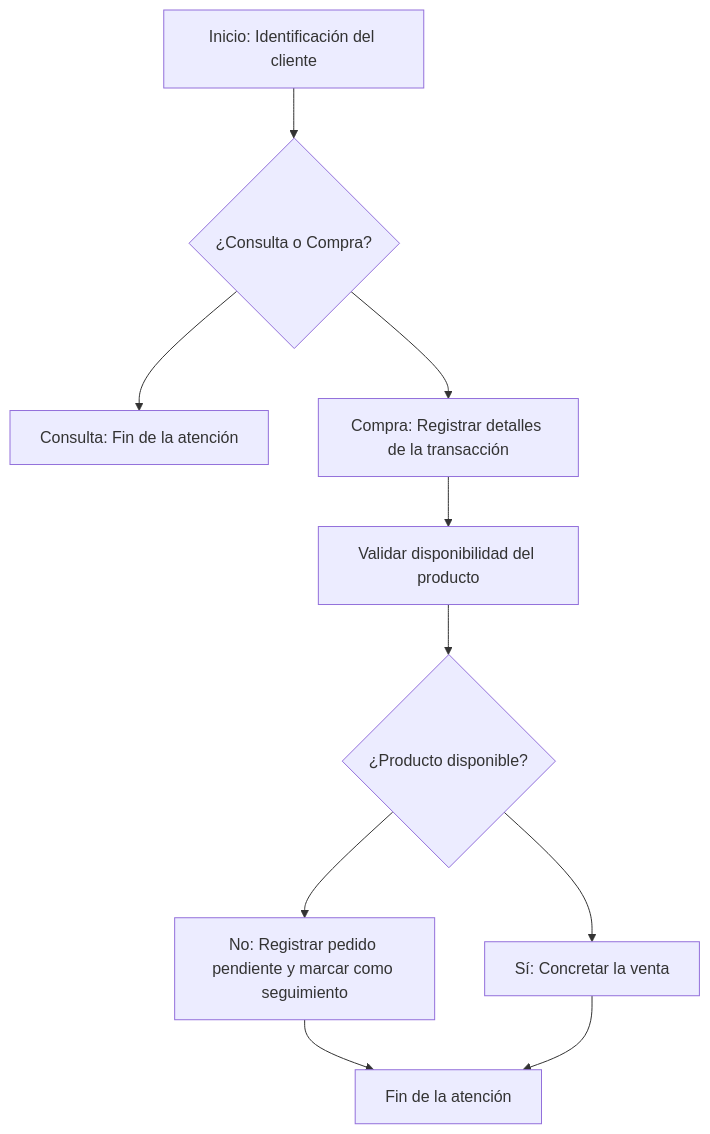
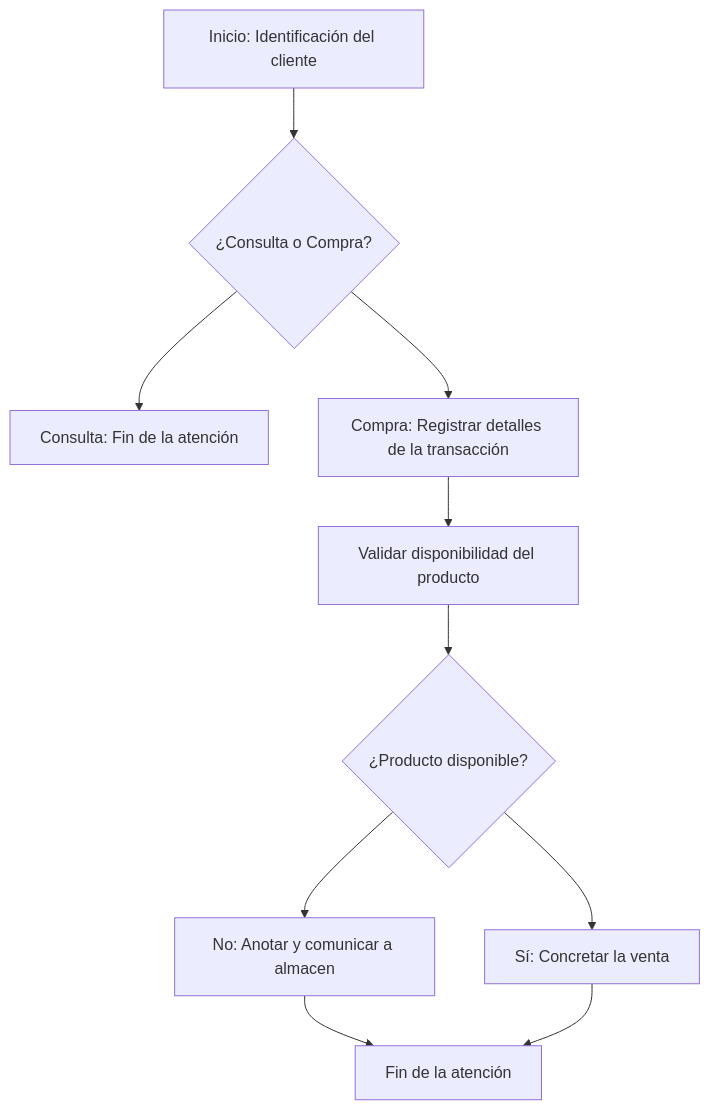
The diagram in proceso_farmacia.md (bererivcp/proceso_farmacia.md), drawn with Mermaid before and after one commit.

````diff
--- a/proceso_farmacia.md
+++ b/proceso_farmacia.md
@@ -2,14 +2,14 @@
 ```mermaid
 flowchart TD
     A[Inicio: Identificación del cliente]
     A --> B{¿Consulta o Compra?}
     B --> C[Consulta: Fin de la atención]
     B --> D[Compra: Registrar detalles de la transacción]
     D --> E[Validar disponibilidad del producto]
     E --> F{¿Producto disponible?}
-    F --> G[No: Registrar pedido pendiente y marcar como seguimiento]
+    F --> G[No: Anotar y comunicar a almacen]
     G --> H[Fin de la atención]
     F --> I[Sí: Concretar la venta]
     I --> H
 
 ```
````
